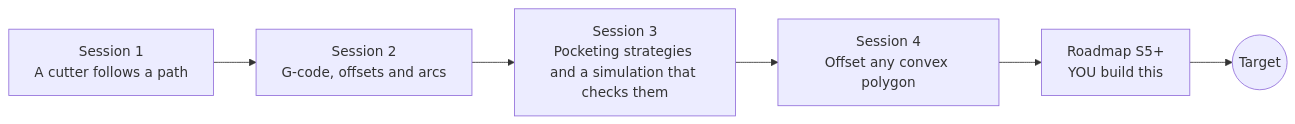
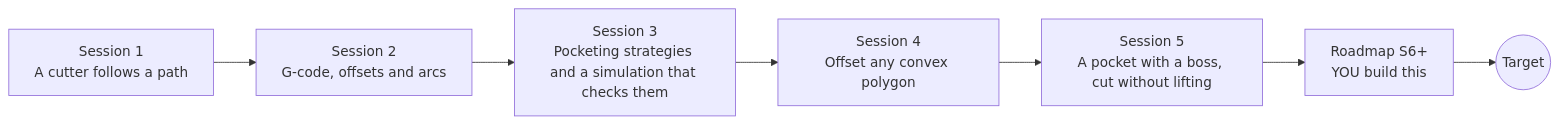
One commit to KrunalPanchal1995/opencncpath changed the diagram in README.md. Above: the diagram before and after it, drawn with Mermaid. The commit also changed other lines of this file and 21 other files, not shown here.

First line of the commit message:
Add Session 5: a pocket with a boss, cut without lifting

````diff
--- a/README.md
+++ b/README.md
@@ -88,10 +89,11 @@
 ```mermaid
 flowchart LR
   S1[Session 1<br/>A cutter follows a path]
   S2[Session 2<br/>G-code, offsets and arcs]
   S3[Session 3<br/>Pocketing strategies and a simulation that checks them]
   S4[Session 4<br/>Offset any convex polygon]
-  R[Roadmap S5+<br/>YOU build this]
+  S5[Session 5<br/>A pocket with a boss, cut without lifting]
+  R[Roadmap S6+<br/>YOU build this]
   T((Target))
-  S1 --> S2 --> S3 --> S4 --> R --> T
+  S1 --> S2 --> S3 --> S4 --> S5 --> R --> T
 ```
````
